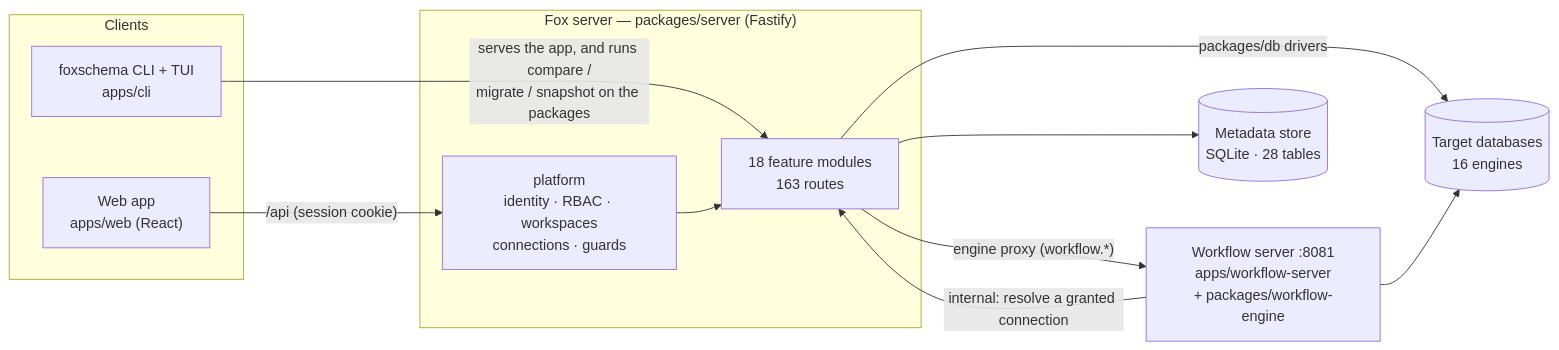
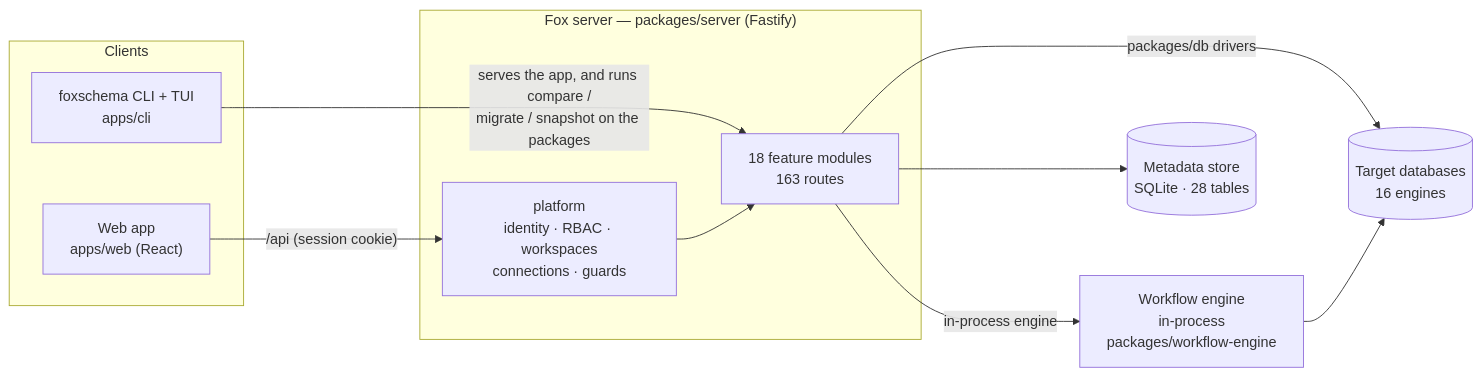
The first of 12 diagrams in docs/FEATURE_MAP.md (tedious-code/foxSchema), drawn with Mermaid before and after one commit. The commit also changed other lines of this file and 114 other files, not shown here.

First line of the commit message:
feat(workflow): host engine in-process, improve pipe UI, and add sample pipelines

````diff
--- a/docs/FEATURE_MAP.md
+++ b/docs/FEATURE_MAP.md
@@ -33,23 +33,22 @@
 ```mermaid
 flowchart LR
   subgraph clients[Clients]
     WEB["Web app<br/>apps/web (React)"]
     CLI["foxschema CLI + TUI<br/>apps/cli"]
   end
   subgraph server["Fox server — packages/server (Fastify)"]
     PLAT["platform<br/>identity · RBAC · workspaces<br/>connections · guards"]
     FEAT["18 feature modules<br/>163 routes"]
   end
-  WFS["Workflow server :8081<br/>apps/workflow-server<br/>+ packages/workflow-engine"]
+  WFS["Workflow engine<br/>in-process<br/>packages/workflow-engine"]
   META[("Metadata store<br/>SQLite · 28 tables")]
   ENG[("Target databases<br/>16 engines")]
 
   WEB -- "/api (session cookie)" --> PLAT
   CLI -- "serves the app, and runs compare /<br/>migrate / snapshot on the packages" --> FEAT
   PLAT --> FEAT
   FEAT --> META
   FEAT -- "packages/db drivers" --> ENG
-  FEAT -- "engine proxy (workflow.*)" --> WFS
-  WFS -- "internal: resolve a granted connection" --> FEAT
+  FEAT -- "in-process engine" --> WFS
   WFS --> ENG
 ```
````
